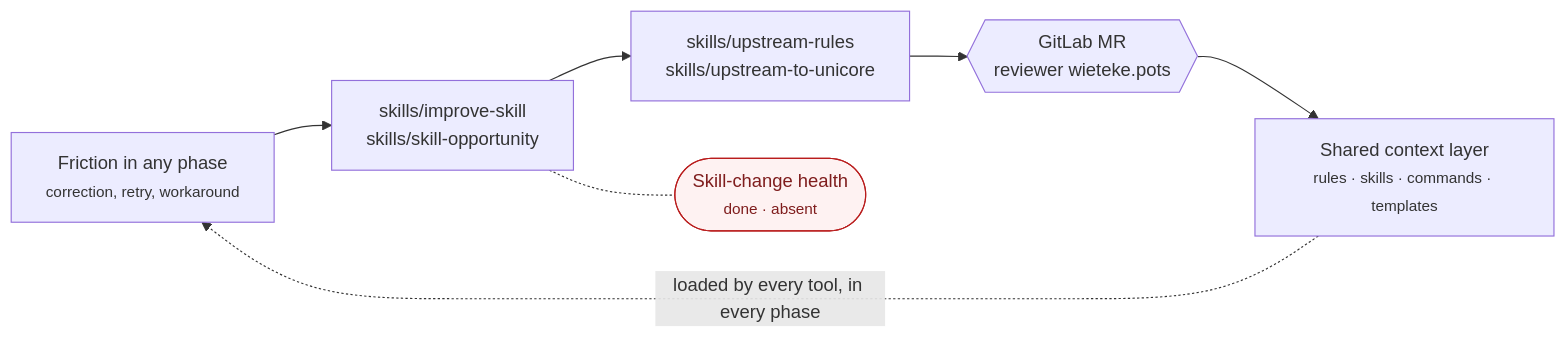
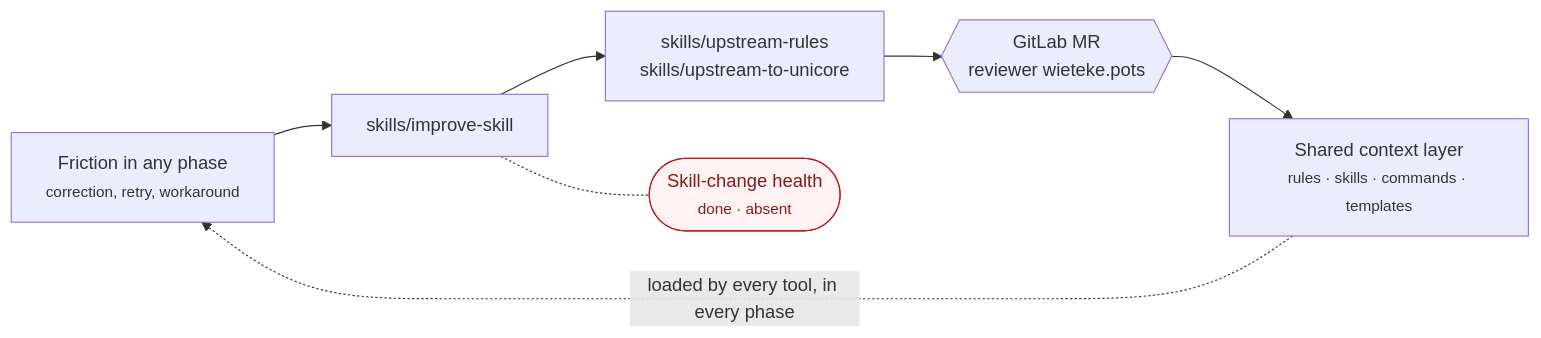
Before and after one commit to wpots/ai-workflows: the second of 2 diagrams in docs/pipeline-map.md, drawn with Mermaid. The commit also changed other lines of this file and 11 other files, not shown here.

First line of the commit message:
chore(governance): merge skill-opportunity into improve-skill, ratchet unenforced policy, fix process-doc drift

````diff
--- a/docs/pipeline-map.md
+++ b/docs/pipeline-map.md
@@ -111,17 +111,17 @@
 ```mermaid
 flowchart LR
   friction["Friction in any phase<br/><small>correction, retry, workaround</small>"]
-  learn["skills/improve-skill<br/>skills/skill-opportunity"]
+  learn["skills/improve-skill"]
   upstream["skills/upstream-rules<br/>skills/upstream-to-unicore"]
   gate{{"GitLab MR<br/>reviewer wieteke.pots"}}
   ctx["Shared context layer<br/><small>rules · skills · commands · templates</small>"]
 
   evals(["Skill-change health<br/><small>done · absent</small>"])
 
   friction --> learn --> upstream --> gate --> ctx
   ctx -. "loaded by every tool, in every phase" .-> friction
   learn -.- evals
 
   classDef gap fill:#fef2f2,stroke:#b91c1c,color:#7f1d1d;
   class evals gap;
 ```
````
